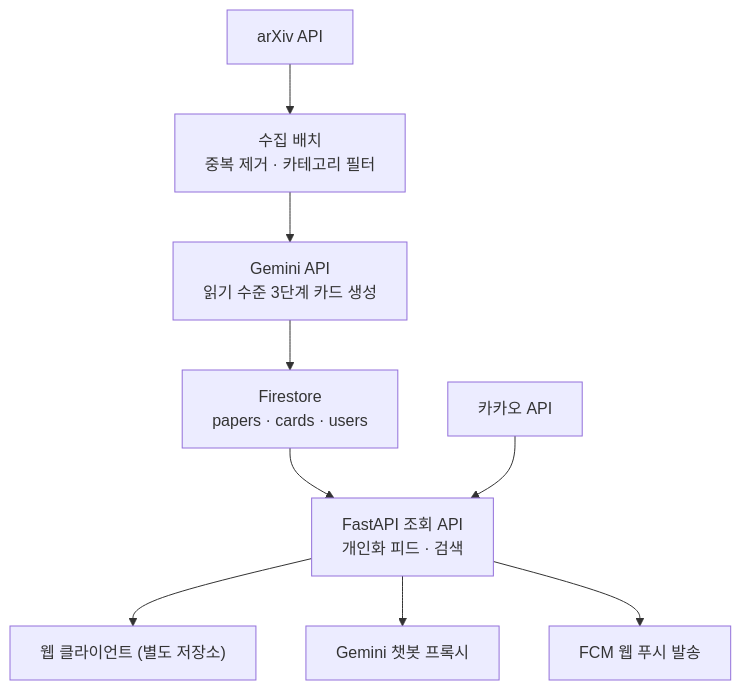
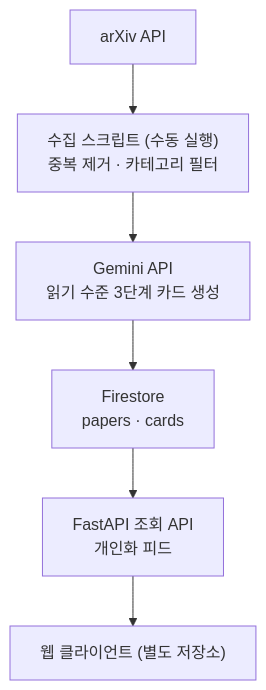
Before and after one commit to nonstop-2026/nonstop-be: the diagram in CLAUDE.md, drawn with Mermaid. The commit also changed other lines of this file, not shown here.

````diff
--- a/CLAUDE.md
+++ b/CLAUDE.md
@@ -61,11 +73,8 @@
 ```mermaid
 flowchart TD
-    A["arXiv API"] --> B["수집 배치<br>중복 제거 · 카테고리 필터"]
+    A["arXiv API"] --> B["수집 스크립트 (수동 실행)<br>중복 제거 · 카테고리 필터"]
     B --> C["Gemini API<br>읽기 수준 3단계 카드 생성"]
-    C --> D["Firestore<br>papers · cards · users"]
-    D --> E["FastAPI 조회 API<br>개인화 피드 · 검색"]
+    C --> D["Firestore<br>papers · cards"]
+    D --> E["FastAPI 조회 API<br>개인화 피드"]
     E --> F["웹 클라이언트 (별도 저장소)"]
-    E --> H["Gemini 챗봇 프록시"]
-    E --> I["FCM 웹 푸시 발송"]
-    K["카카오 API"] --> E
 ```
````
